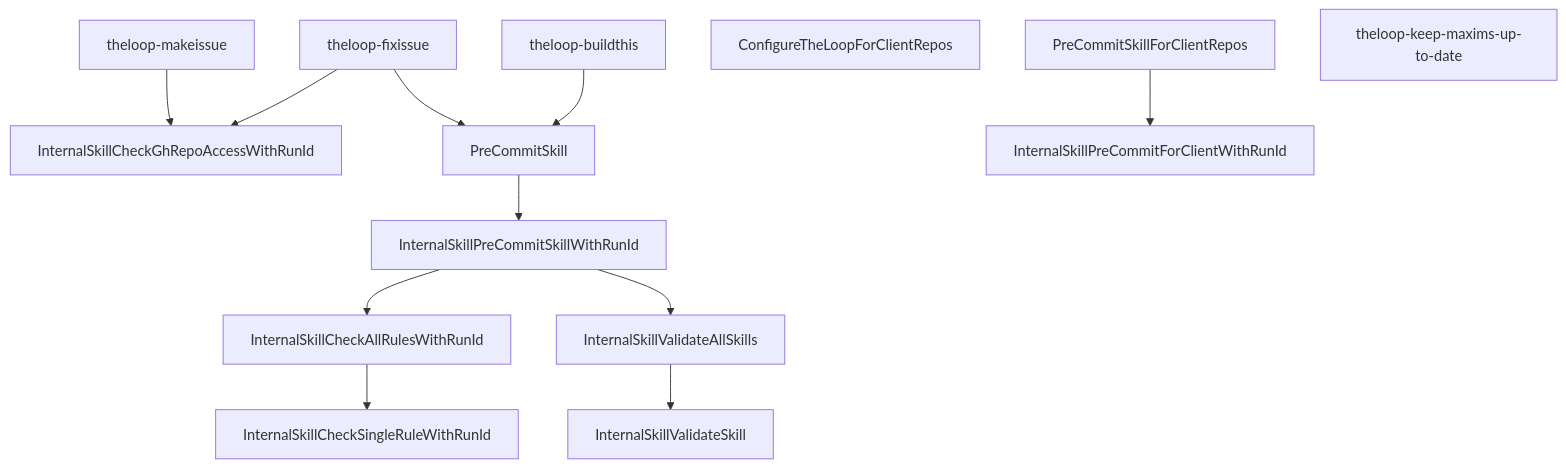
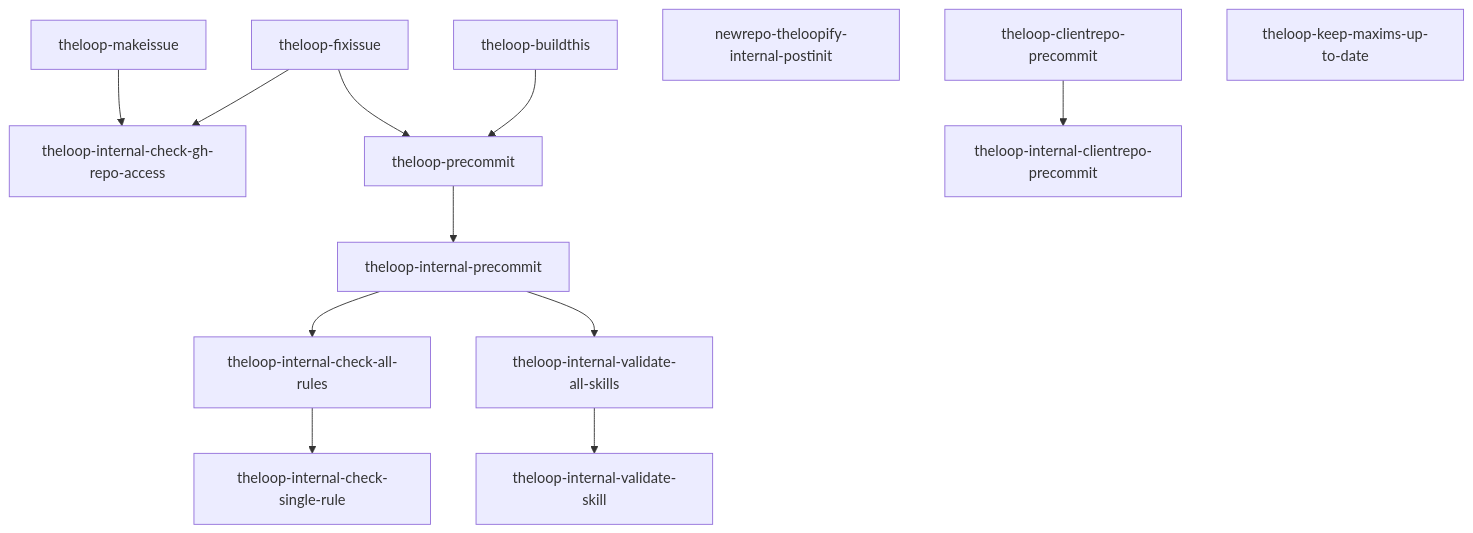
Before and after one commit to dkorolev/theloop: the diagram in .theloop/VIZ.md, drawn with Mermaid. The commit also changed other lines of this file and 80 other files, not shown here.

````diff
--- a/.theloop/VIZ.md
+++ b/.theloop/VIZ.md
@@ -43,16 +43,16 @@
 ```mermaid
 graph TD
-    InternalSkillCheckGhRepoAccessWithRunId["InternalSkillCheckGhRepoAccessWithRunId"]
-    theloop-makeissue["theloop-makeissue"] --> InternalSkillCheckGhRepoAccessWithRunId
-    theloop-fixissue["theloop-fixissue"] --> InternalSkillCheckGhRepoAccessWithRunId
-    theloop-fixissue --> PreCommitSkill["PreCommitSkill"]
-    theloop-buildthis["theloop-buildthis"] --> PreCommitSkill["PreCommitSkill"]
-    PreCommitSkill --> InternalSkillPreCommitSkillWithRunId["InternalSkillPreCommitSkillWithRunId"]
-    InternalSkillPreCommitSkillWithRunId --> InternalSkillCheckAllRulesWithRunId["InternalSkillCheckAllRulesWithRunId"]
-    InternalSkillPreCommitSkillWithRunId --> InternalSkillValidateAllSkills["InternalSkillValidateAllSkills"]
-    InternalSkillCheckAllRulesWithRunId --> InternalSkillCheckSingleRuleWithRunId["InternalSkillCheckSingleRuleWithRunId"]
-    InternalSkillValidateAllSkills --> InternalSkillValidateSkill["InternalSkillValidateSkill"]
-    ConfigureTheLoopForClientRepos["ConfigureTheLoopForClientRepos"]
-    PreCommitSkillForClientRepos["PreCommitSkillForClientRepos"] --> InternalSkillPreCommitForClientWithRunId["InternalSkillPreCommitForClientWithRunId"]
+    theloop-internal-check-gh-repo-access["theloop-internal-check-gh-repo-access"]
+    theloop-makeissue["theloop-makeissue"] --> theloop-internal-check-gh-repo-access
+    theloop-fixissue["theloop-fixissue"] --> theloop-internal-check-gh-repo-access
+    theloop-fixissue --> theloop-precommit["theloop-precommit"]
+    theloop-buildthis["theloop-buildthis"] --> theloop-precommit["theloop-precommit"]
+    theloop-precommit --> theloop-internal-precommit["theloop-internal-precommit"]
+    theloop-internal-precommit --> theloop-internal-check-all-rules["theloop-internal-check-all-rules"]
+    theloop-internal-precommit --> theloop-internal-validate-all-skills["theloop-internal-validate-all-skills"]
+    theloop-internal-check-all-rules --> theloop-internal-check-single-rule["theloop-internal-check-single-rule"]
+    theloop-internal-validate-all-skills --> theloop-internal-validate-skill["theloop-internal-validate-skill"]
+    newrepo-theloopify-internal-postinit["newrepo-theloopify-internal-postinit"]
+    theloop-clientrepo-precommit["theloop-clientrepo-precommit"] --> theloop-internal-clientrepo-precommit["theloop-internal-clientrepo-precommit"]
     theloop-keep-maxims-up-to-date["theloop-keep-maxims-up-to-date"]
 ```
````
